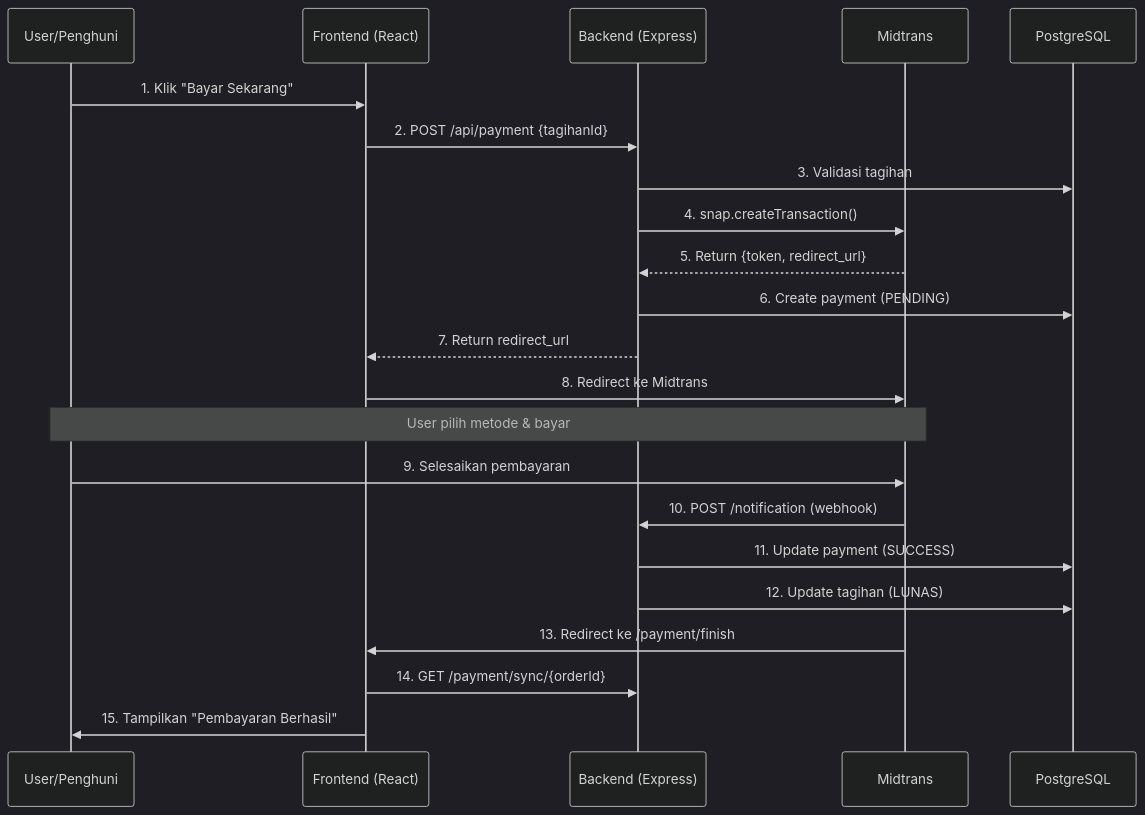
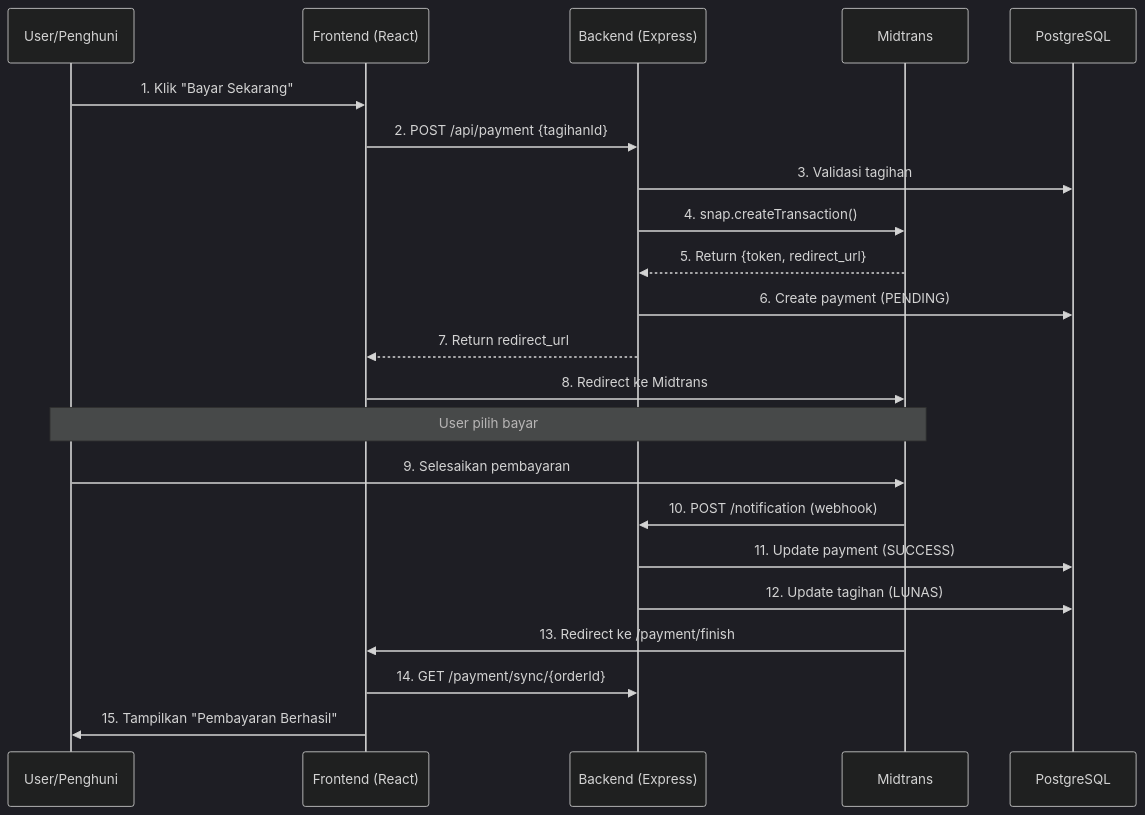
The diagram in docs/PAYMENT.md (nandana05-tech/kosManagementSystem), drawn with Mermaid (dark theme) before and after one commit.

Commit message:
docs: Add payment flow documentation with Midtrans integration.

````diff
--- a/docs/PAYMENT.md
+++ b/docs/PAYMENT.md
@@ -440,28 +440,28 @@
 ```mermaid
 sequenceDiagram
     participant U as User/Penghuni
     participant FE as Frontend (React)
     participant BE as Backend (Express)
     participant MT as Midtrans
     participant DB as PostgreSQL
 
     U->>FE: 1. Klik "Bayar Sekarang"
     FE->>BE: 2. POST /api/payment {tagihanId}
     BE->>DB: 3. Validasi tagihan
     BE->>MT: 4. snap.createTransaction()
     MT-->>BE: 5. Return {token, redirect_url}
     BE->>DB: 6. Create payment (PENDING)
     BE-->>FE: 7. Return redirect_url
     FE->>MT: 8. Redirect ke Midtrans
     
-    Note over U,MT: User pilih metode & bayar
+    Note over U,MT: User pilih bayar
     
     U->>MT: 9. Selesaikan pembayaran
     MT->>BE: 10. POST /notification (webhook)
     BE->>DB: 11. Update payment (SUCCESS)
     BE->>DB: 12. Update tagihan (LUNAS)
     
     MT->>FE: 13. Redirect ke /payment/finish
     FE->>BE: 14. GET /payment/sync/{orderId}
     FE->>U: 15. Tampilkan "Pembayaran Berhasil"
 ```
````
